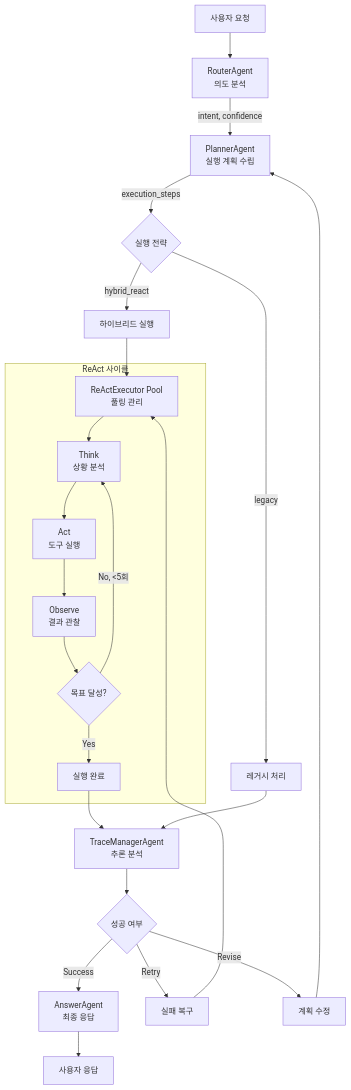
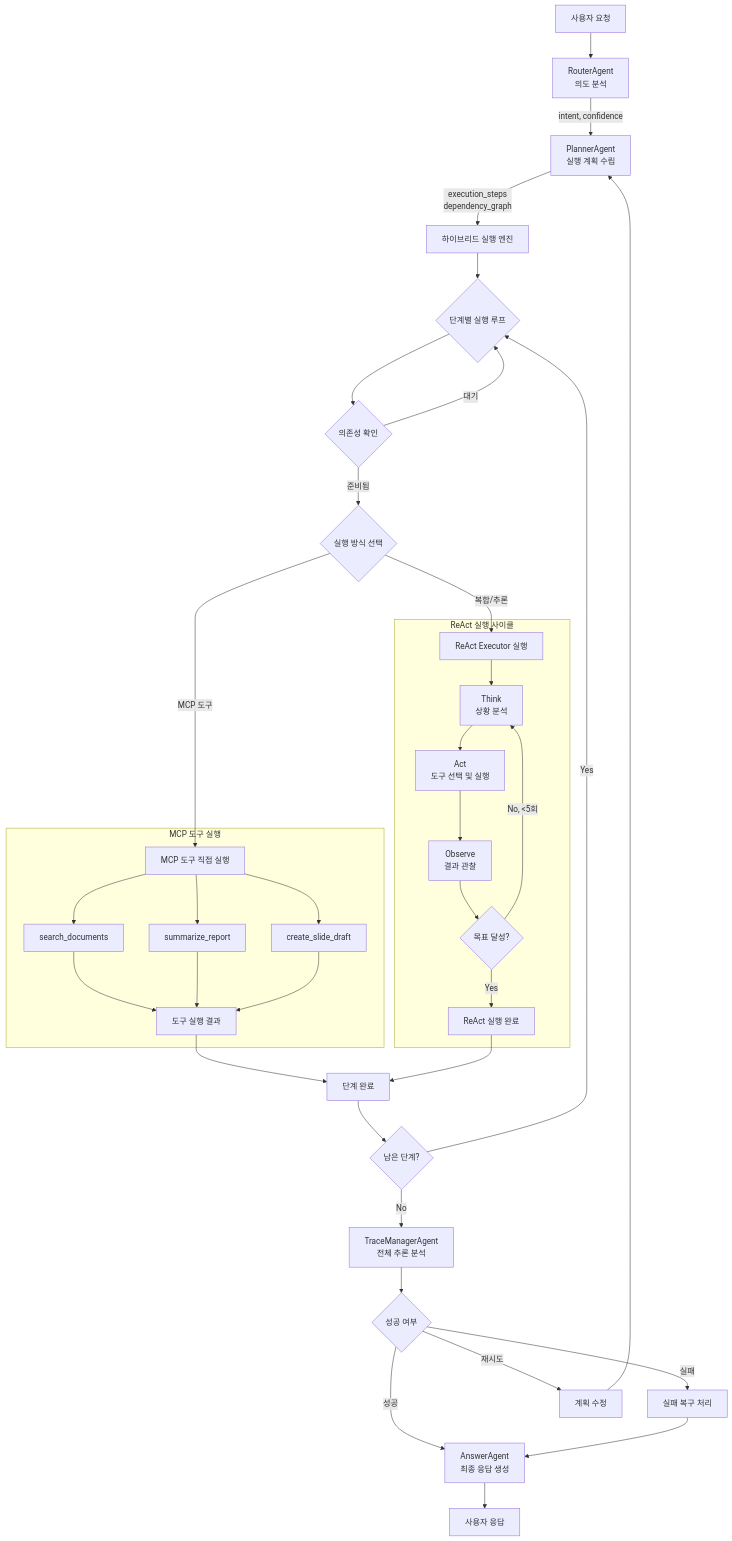
The second of 3 diagrams in README.md (Qulip/CloudRegiX), drawn with Mermaid before and after one commit. The commit also changed other lines of this file, not shown here.

````diff
--- a/README.md
+++ b/README.md
@@ -161,36 +161,52 @@
 ```mermaid
 flowchart TD
     Start[사용자 요청] --> Router[RouterAgent<br/>의도 분석]
 
     Router --> |intent, confidence| Planner[PlannerAgent<br/>실행 계획 수립]
 
-    Planner --> |execution_steps| Strategy{실행 전략}
+    Planner --> |execution_steps<br/>dependency_graph| ExecutionEngine[하이브리드 실행 엔진]
 
-    Strategy --> |hybrid_react| Hybrid[하이브리드 실행]
-    Strategy --> |legacy| Legacy[레거시 처리]
+    ExecutionEngine --> StepLoop{단계별 실행 루프}
 
-    Hybrid --> Pool[ReActExecutor Pool<br/>풀링 관리]
+    StepLoop --> CheckDep{의존성 확인}
+    CheckDep -->|준비됨| SelectExecution{실행 방식 선택}
+    CheckDep -->|대기| StepLoop
 
-    subgraph "ReAct 사이클"
-        Pool --> Think[Think<br/>상황 분석]
-        Think --> Act[Act<br/>도구 실행]
-        Act --> Observe[Observe<br/>결과 관찰]
-        Observe --> Check{목표 달성?}
-        Check -->|No, <5회| Think
-        Check -->|Yes| Complete[실행 완료]
+    SelectExecution -->|MCP 도구| MCPExecution[MCP 도구 직접 실행]
+    SelectExecution -->|복합/추론| ReactExecution[ReAct Executor 실행]
+
+    subgraph "MCP 도구 실행"
+        MCPExecution --> SearchDocs[search_documents]
+        MCPExecution --> SummarizeReport[summarize_report]
+        MCPExecution --> CreateDraft[create_slide_draft]
+        SearchDocs --> MCPResult[도구 실행 결과]
+        SummarizeReport --> MCPResult
+        CreateDraft --> MCPResult
     end
 
-    Complete --> Trace[TraceManagerAgent<br/>추론 분석]
-    Legacy --> Trace
+    subgraph "ReAct 실행 사이클"
+        ReactExecution --> Think[Think<br/>상황 분석]
+        Think --> Act[Act<br/>도구 선택 및 실행]
+        Act --> Observe[Observe<br/>결과 관찰]
+        Observe --> GoalCheck{목표 달성?}
+        GoalCheck -->|No, <5회| Think
+        GoalCheck -->|Yes| ReactResult[ReAct 실행 완료]
+    end
 
-    Trace --> Assess{성공 여부}
+    MCPResult --> StepComplete[단계 완료]
+    ReactResult --> StepComplete
 
-    Assess -->|Success| Final[AnswerAgent<br/>최종 응답]
-    Assess -->|Retry| Recovery[실패 복구]
-    Assess -->|Revise| Revision[계획 수정]
+    StepComplete --> MoreSteps{남은 단계?}
+    MoreSteps -->|Yes| StepLoop
+    MoreSteps -->|No| TraceAnalysis[TraceManagerAgent<br/>전체 추론 분석]
 
-    Recovery --> Pool
-    Revision --> Planner
+    TraceAnalysis --> Success{성공 여부}
+    Success -->|성공| FinalAnswer[AnswerAgent<br/>최종 응답 생성]
+    Success -->|실패| Recovery[실패 복구 처리]
+    Success -->|재시도| PlanRevision[계획 수정]
 
-    Final --> End[사용자 응답]
+    Recovery --> FinalAnswer
+    PlanRevision --> Planner
+
+    FinalAnswer --> End[사용자 응답]
 ```
````
